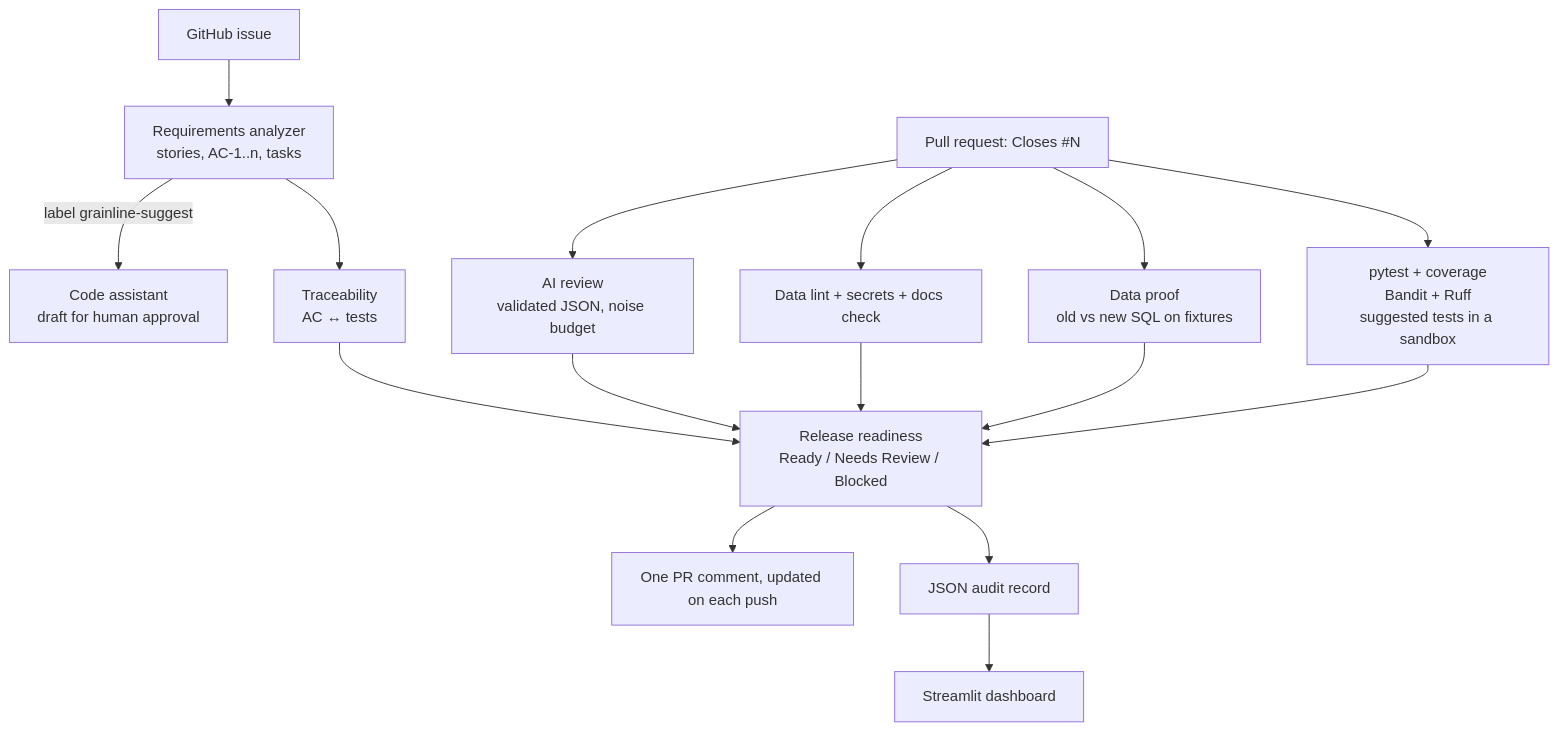
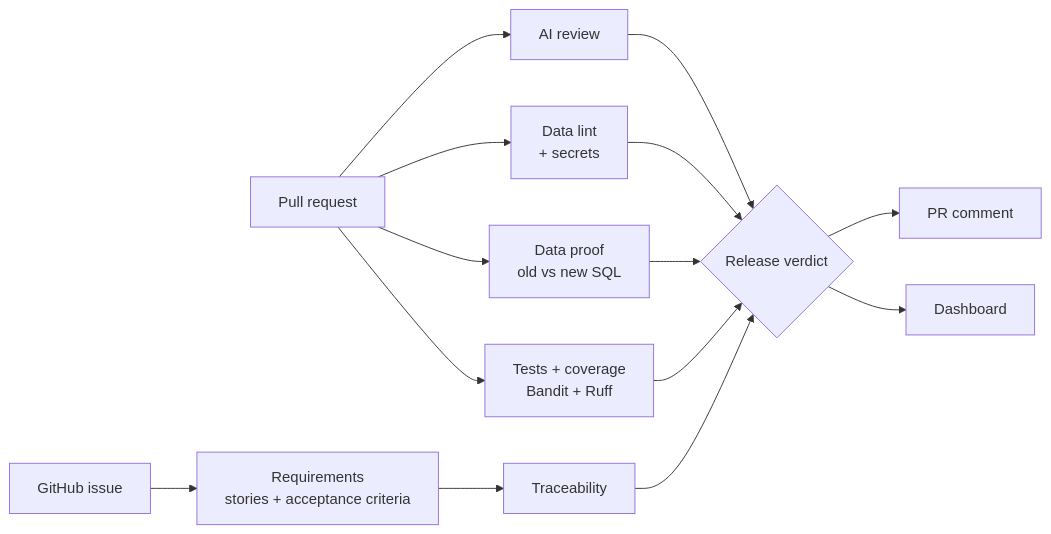
Before and after one commit to adityakusetti/Grainline: the diagram in README.md, drawn with Mermaid. The commit also changed other lines of this file and 6 other files, not shown here.

````diff
--- a/README.md
+++ b/README.md
@@ -27,17 +57,16 @@
 ```mermaid
-flowchart TB
-    I[GitHub issue] --> R[Requirements analyzer<br/>stories, AC-1..n, tasks]
-    R -->|label grainline-suggest| C[Code assistant<br/>draft for human approval]
-    P[Pull request: Closes #N] --> A[AI review<br/>validated JSON, noise budget]
-    P --> L[Data lint + secrets + docs check]
-    P --> D[Data proof<br/>old vs new SQL on fixtures]
-    P --> T[pytest + coverage<br/>Bandit + Ruff<br/>suggested tests in a sandbox]
-    R --> X[Traceability<br/>AC ↔ tests]
-    A --> V[Release readiness<br/>Ready / Needs Review / Blocked]
+flowchart LR
+    I[GitHub issue] --> R[Requirements<br/>stories + acceptance criteria]
+    P[Pull request] --> A[AI review]
+    P --> L[Data lint<br/>+ secrets]
+    P --> D[Data proof<br/>old vs new SQL]
+    P --> T[Tests + coverage<br/>Bandit + Ruff]
+    R --> X[Traceability]
+    A --> V{Release verdict}
     L --> V
     D --> V
     T --> V
     X --> V
-    V --> M[One PR comment, updated on each push]
-    V --> J[JSON audit record] --> S[Streamlit dashboard]
+    V --> C[PR comment]
+    V --> H[Dashboard]
 ```
````
